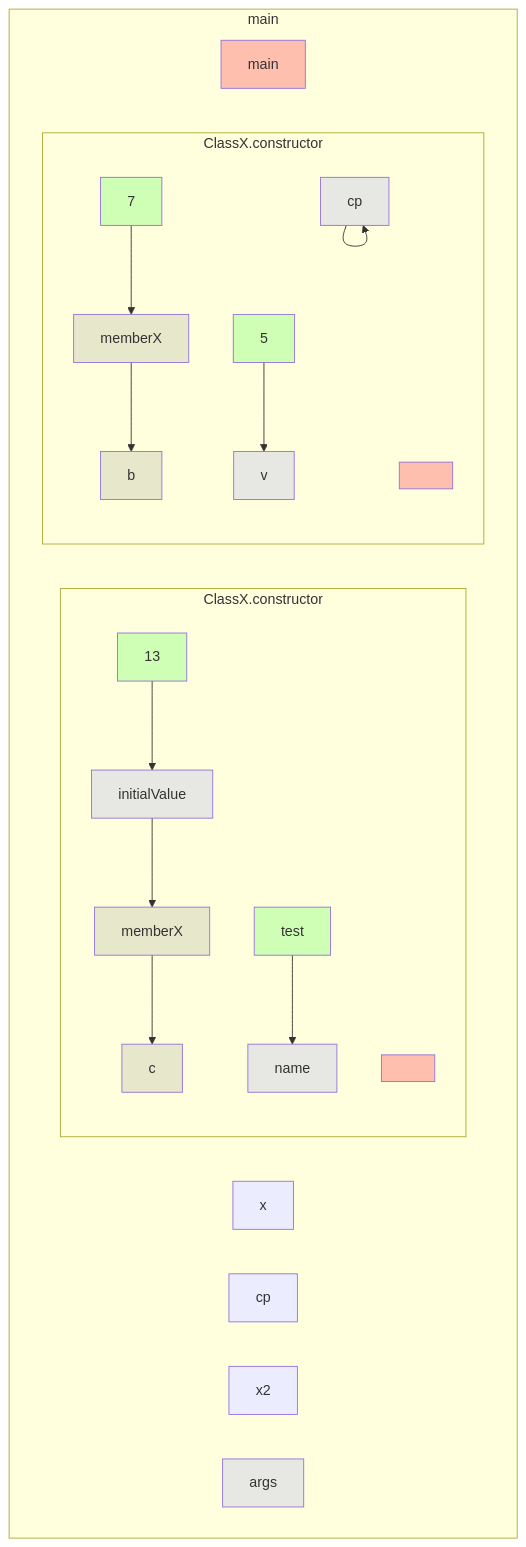
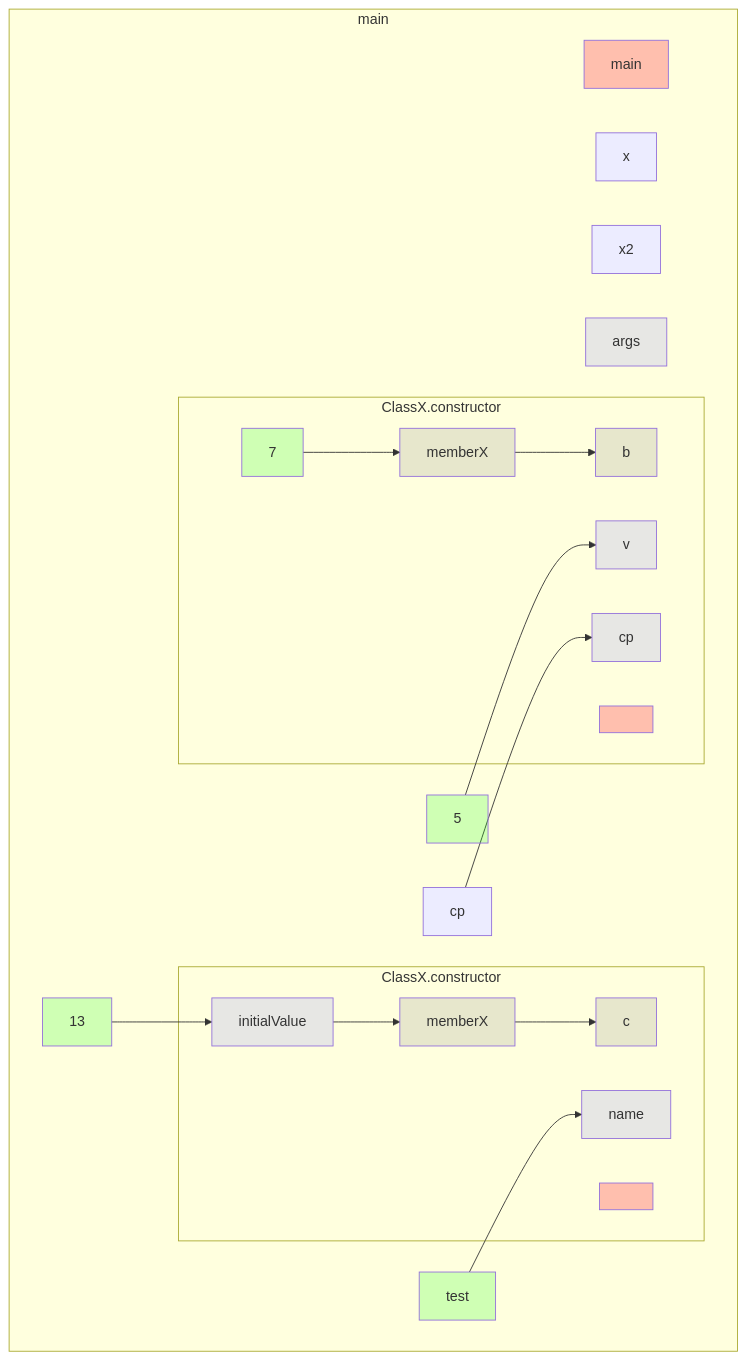
Before and after one commit to gstiebler/codeflow: the diagram in app/src/test/resources/constructor/truth.md, drawn with Mermaid. The commit also changed 16 other files, not shown here.

````diff
--- a/app/src/test/resources/constructor/truth.md
+++ b/app/src/test/resources/constructor/truth.md
@@ -1,41 +1,41 @@
 ```mermaid
 flowchart TD
   subgraph 4309014["main"]
-    -1362738615[b]:::VARIABLE
-    -1362738390[x]:::OBJ_VARIABLE
-    -1362737701[c]:::VARIABLE
-    -1362687130[cp]:::OBJ_VARIABLE
-    -1362676100[x2]:::OBJ_VARIABLE
-    -1311755417[args]:::FUNC_PARAM
     56853577[main]:::RETURN
-    subgraph 1122191319["ClassX.constructor"]
-      -658356807[7]:::LITERAL
-      -658356513[v]:::FUNC_PARAM
-      -658353895[5]:::LITERAL
-      -658304414[cp]:::FUNC_PARAM
-      14768247883[memberX]:::VARIABLE
-      29544965375[<init>]:::RETURN
-      -658356807[7]:::LITERAL --> 14768247883[memberX]:::VARIABLE
-      -658353895[5]:::LITERAL --> -658356513[v]:::FUNC_PARAM
-      -658304414[cp]:::FUNC_PARAM --> -658304414[cp]:::FUNC_PARAM
-      14768247883[memberX]:::VARIABLE --> -1362738615[b]:::VARIABLE
+    303492807[cp]:::OBJ_VARIABLE
+    303494427[x]:::OBJ_VARIABLE
+    303521345[5]:::LITERAL
+    303527658[b]:::VARIABLE
+    303610371[13]:::LITERAL
+    303618973[x2]:::OBJ_VARIABLE
+    304237851[c]:::VARIABLE
+    354416837[args]:::FUNC_PARAM
+    18725509039["test"]:::LITERAL
+    303492807[cp]:::OBJ_VARIABLE --> 1520911341[cp]:::FUNC_PARAM
+    303521345[5]:::LITERAL --> 1520856602[v]:::FUNC_PARAM
+    303610371[13]:::LITERAL --> -5988238332[initialValue]:::FUNC_PARAM
+    18725509039["test"]:::LITERAL --> 1181382668[name]:::FUNC_PARAM
+    subgraph -1651525774["ClassX.constructor"]
+      1520856602[v]:::FUNC_PARAM
+      1520888980[7]:::LITERAL
+      1520911341[cp]:::FUNC_PARAM
+      16434485514[memberX]:::VARIABLE
+      31211203006[<init>]:::RETURN
+      1520888980[7]:::LITERAL --> 16434485514[memberX]:::VARIABLE
+      16434485514[memberX]:::VARIABLE --> 303527658[b]:::VARIABLE
     end
-    subgraph 1122199459["ClassX.constructor"]
-      -7770612242[initialValue]:::FUNC_PARAM
-      -658320394[13]:::LITERAL
-      -600996877[name]:::FUNC_PARAM
-      14768248103[memberX]:::VARIABLE
-      17763577222["test"]:::LITERAL
-      29544965595[<init>]:::RETURN
-      -7770612242[initialValue]:::FUNC_PARAM --> 14768248103[memberX]:::VARIABLE
-      -658320394[13]:::LITERAL --> -7770612242[initialValue]:::FUNC_PARAM
-      14768248103[memberX]:::VARIABLE --> -1362737701[c]:::VARIABLE
-      17763577222["test"]:::LITERAL --> -600996877[name]:::FUNC_PARAM
+    subgraph -1648462470["ClassX.constructor"]
+      -5988238332[initialValue]:::FUNC_PARAM
+      1181382668[name]:::FUNC_PARAM
+      16434568306[memberX]:::VARIABLE
+      31211285798[<init>]:::RETURN
+      -5988238332[initialValue]:::FUNC_PARAM --> 16434568306[memberX]:::VARIABLE
+      16434568306[memberX]:::VARIABLE --> 304237851[c]:::VARIABLE
     end
   end
   classDef LITERAL fill:#00FF0030
   classDef VARIABLE fill:#80808030
   classDef BIN_OP fill:#80808080
   classDef FUNC_PARAM fill:#8080FF30
   classDef RETURN fill:#FF808080
 ```
````
